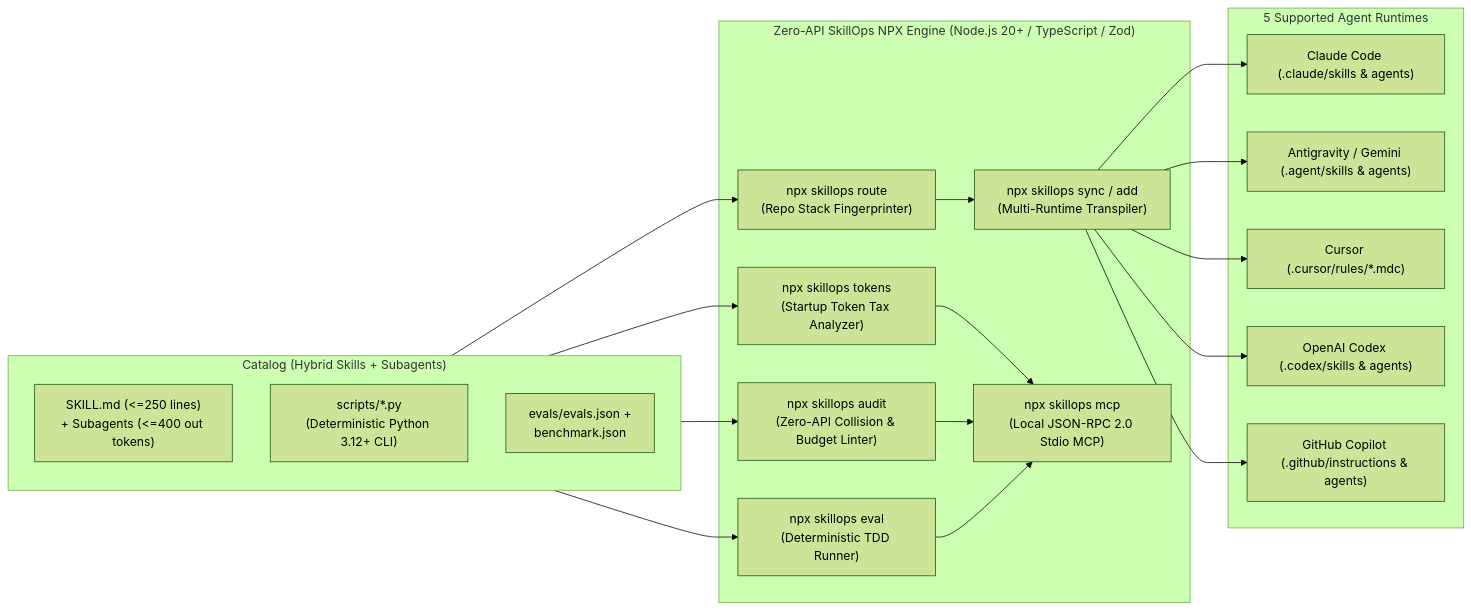
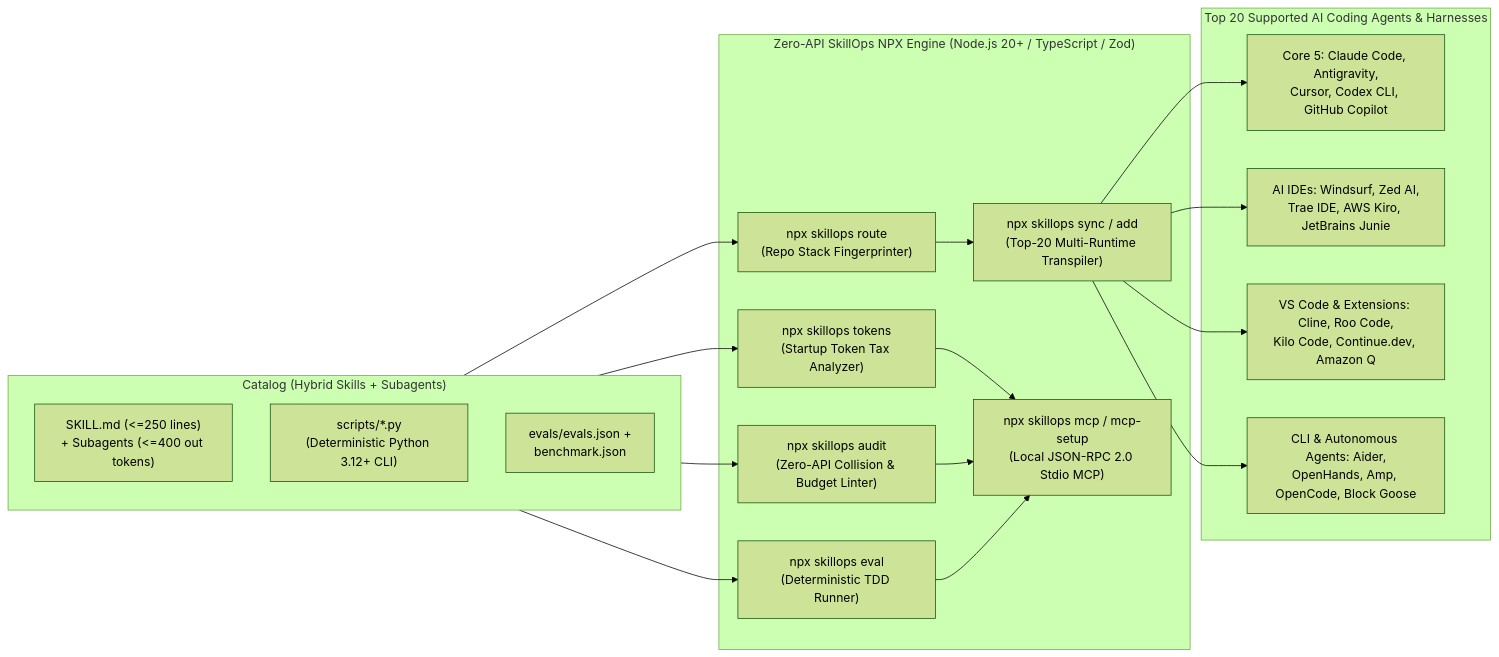
The diagram in README.md (OdevMatheus/SkillOps), drawn with Mermaid (forest theme) before and after one commit. The commit also changed other lines of this file and 8 other files, not shown here.

Commit message:
feat(mcp): add universal 'skillops mcp-setup' across 13 MCP IDEs/agents and release v1.2.0 (#114)

````diff
--- a/README.md
+++ b/README.md
@@ -59,30 +60,29 @@
 ```mermaid
 flowchart LR
     subgraph Catalog["Catalog (Hybrid Skills + Subagents)"]
         S1["SKILL.md (<=250 lines)\n+ Subagents (<=400 out tokens)"]
         S2["scripts/*.py\n(Deterministic Python 3.12+ CLI)"]
         S3["evals/evals.json +\nbenchmark.json"]
     end
 
     subgraph Engine["Zero-API SkillOps NPX Engine (Node.js 20+ / TypeScript / Zod)"]
         Tokens["npx skillops tokens\n(Startup Token Tax Analyzer)"]
         Audit["npx skillops audit\n(Zero-API Collision & Budget Linter)"]
         Route["npx skillops route\n(Repo Stack Fingerprinter)"]
-        Sync["npx skillops sync / add\n(Multi-Runtime Transpiler)"]
+        Sync["npx skillops sync / add\n(Top-20 Multi-Runtime Transpiler)"]
         Eval["npx skillops eval\n(Deterministic TDD Runner)"]
-        Mcp["npx skillops mcp\n(Local JSON-RPC 2.0 Stdio MCP)"]
+        Mcp["npx skillops mcp / mcp-setup\n(Local JSON-RPC 2.0 Stdio MCP)"]
     end
 
-    subgraph Targets["5 Supported Agent Runtimes"]
-        T1["Claude Code (.claude/skills & agents)"]
-        T2["Antigravity / Gemini (.agent/skills & agents)"]
-        T3["Cursor (.cursor/rules/*.mdc)"]
-        T4["OpenAI Codex (.codex/skills & agents)"]
-        T5["GitHub Copilot (.github/instructions & agents)"]
+    subgraph Targets["Top 20 Supported AI Coding Agents & Harnesses"]
+        T1["Core 5: Claude Code, Antigravity,\nCursor, Codex CLI, GitHub Copilot"]
+        T2["AI IDEs: Windsurf, Zed AI,\nTrae IDE, AWS Kiro, JetBrains Junie"]
+        T3["VS Code & Extensions: Cline, Roo Code,\nKilo Code, Continue.dev, Amazon Q"]
+        T4["CLI & Autonomous Agents: Aider,\nOpenHands, Amp, OpenCode, Block Goose"]
     end
 
     Catalog --> Tokens & Audit & Route & Eval
     Route --> Sync
-    Sync --> T1 & T2 & T3 & T4 & T5
+    Sync --> T1 & T2 & T3 & T4
     Tokens & Audit & Eval --> Mcp
 ```
````
